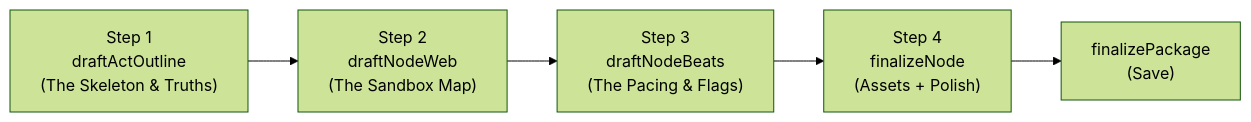
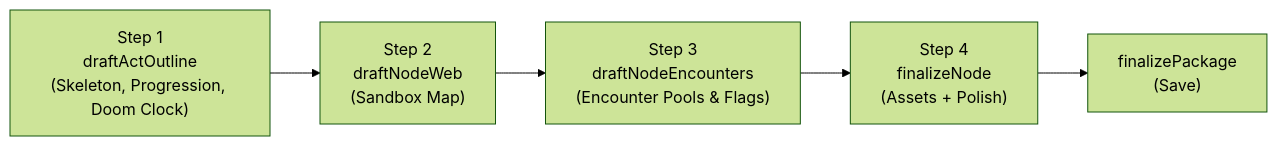
One commit to WilliamJizh/ai-dungeon-tanstack changed the diagram in server/vn/agents/planning-agent.md. Above: the diagram before and after it, drawn with Mermaid (forest theme). The commit also changed other lines of this file and 20 other files, not shown here.

````diff
--- a/server/vn/agents/planning-agent.md
+++ b/server/vn/agents/planning-agent.md
@@ -15,7 +15,7 @@
 ```mermaid
 graph LR
-    A["Step 1<br/>draftActOutline<br/>(The Skeleton & Truths)"] --> B["Step 2<br/>draftNodeWeb<br/>(The Sandbox Map)"]
-    B --> C["Step 3<br/>draftNodeBeats<br/>(The Pacing & Flags)"]
+    A["Step 1<br/>draftActOutline<br/>(Skeleton, Progression, Doom Clock)"] --> B["Step 2<br/>draftNodeWeb<br/>(Sandbox Map)"]
+    B --> C["Step 3<br/>draftNodeEncounters<br/>(Encounter Pools & Flags)"]
     C --> D["Step 4<br/>finalizeNode<br/>(Assets + Polish)"]
     D --> E["finalizePackage<br/>(Save)"]
 ```
````
